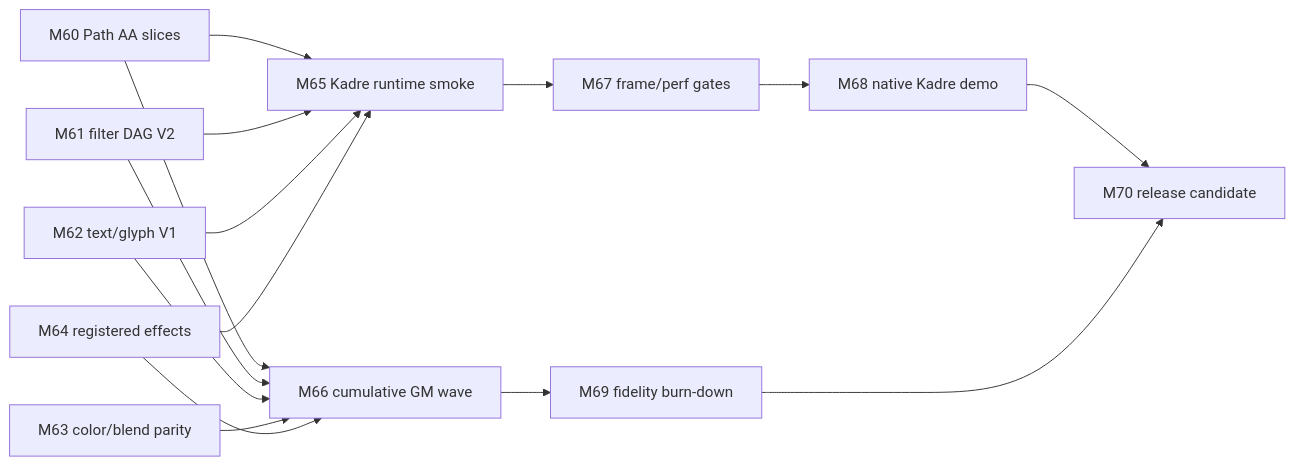
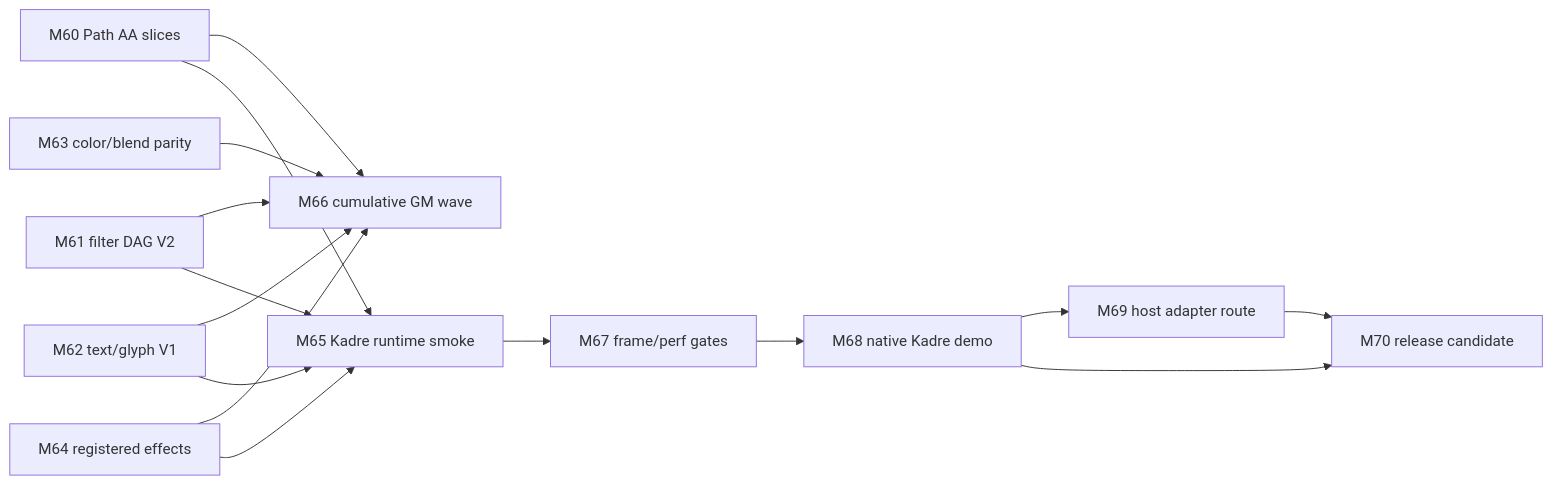
One commit to ygdrasil-io/kanvas changed the diagram in .upstream/target/skia-like-realtime-renderer-target.md. Above: the diagram before and after it, drawn with Mermaid. The commit also changed other lines of this file and 10 other files, not shown here.

Commit message:
[codex] Add M69 Kadre host adapter smoke

````diff
--- a/.upstream/target/skia-like-realtime-renderer-target.md
+++ b/.upstream/target/skia-like-realtime-renderer-target.md
@@ -129,17 +129,17 @@
 ```mermaid
 flowchart LR
     M60["M60 Path AA slices"] --> M66["M66 cumulative GM wave"]
     M61["M61 filter DAG V2"] --> M66
     M62["M62 text/glyph V1"] --> M66
     M63["M63 color/blend parity"] --> M66
     M64["M64 registered effects"] --> M66
     M60 --> M65["M65 Kadre runtime smoke"]
     M61 --> M65
     M62 --> M65
     M64 --> M65
     M65 --> M67["M67 frame/perf gates"]
-    M66 --> M69["M69 fidelity burn-down"]
+    M68 --> M69["M69 host adapter route"]
     M67 --> M68["M68 native Kadre demo"]
     M68 --> M70["M70 release candidate"]
     M69 --> M70
 ```
````
